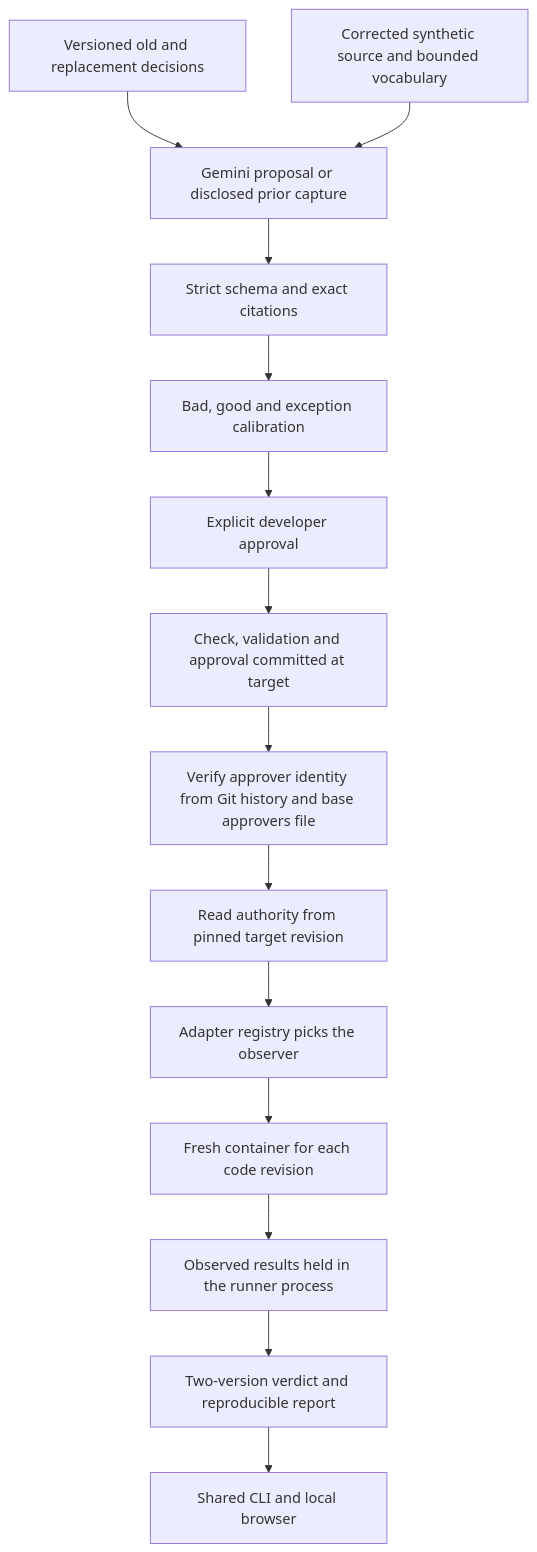
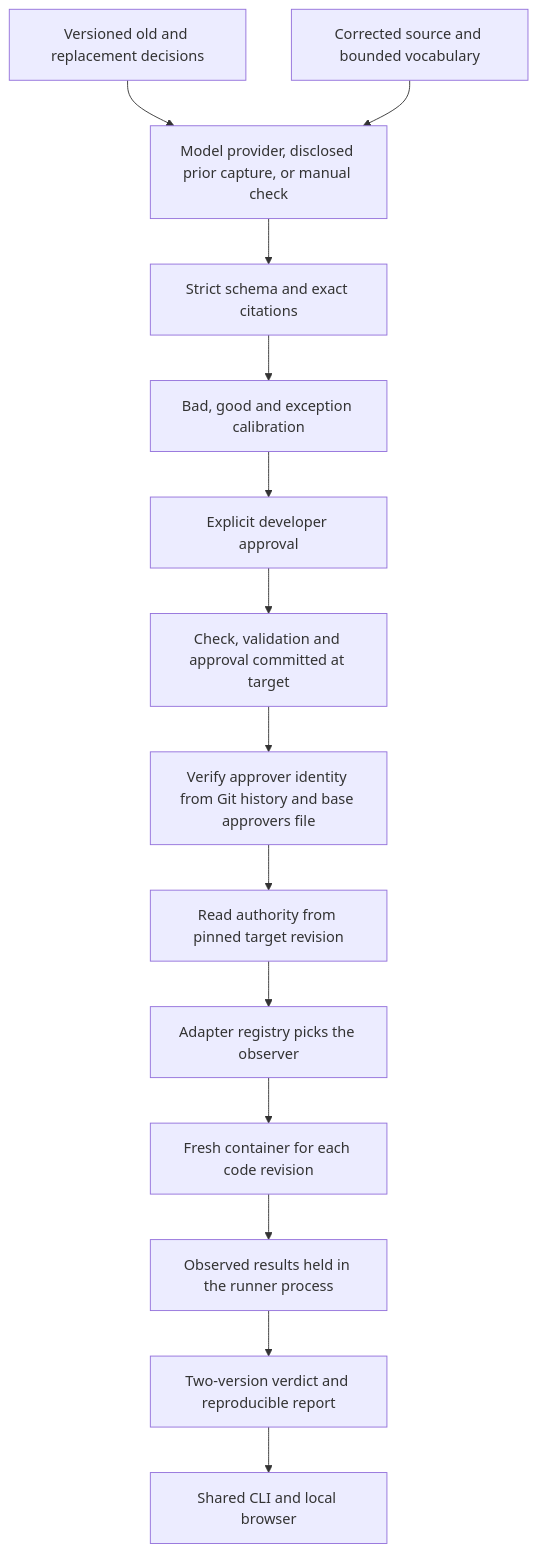
The diagram in docs/ARCHITECTURE.md (Yashjain329/Decision-Drift-Gate), drawn with Mermaid before and after one commit. The commit also changed other lines of this file and 13 other files, not shown here.

````diff
--- a/docs/ARCHITECTURE.md
+++ b/docs/ARCHITECTURE.md
@@ -7,16 +7,16 @@
 ```mermaid
 flowchart TD
-    D[Versioned old and replacement decisions] --> P[Gemini proposal or disclosed prior capture]
-    S[Corrected synthetic source and bounded vocabulary] --> P
+    D[Versioned old and replacement decisions] --> P[Model provider, disclosed prior capture, or manual check]
+    S[Corrected source and bounded vocabulary] --> P
     P --> C[Strict schema and exact citations]
     C --> V[Bad, good and exception calibration]
     V --> A[Explicit developer approval]
     A --> B[Check, validation and approval committed at target]
     B --> I[Verify approver identity from Git history and base approvers file]
     I --> E[Read authority from pinned target revision]
     E --> AD[Adapter registry picks the observer]
     AD --> R[Fresh container for each code revision]
     R --> O[Observed results held in the runner process]
     O --> F[Two-version verdict and reproducible report]
     F --> U[Shared CLI and local browser]
 ```
````
